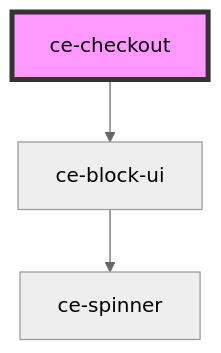
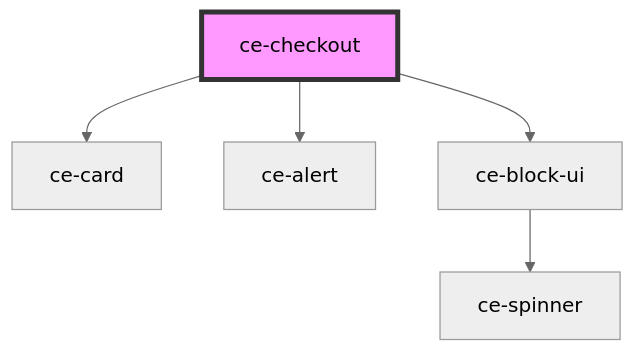
Before and after one commit to surecart/surecart-wp-plugin: the diagram in packages/components/src/components/controllers/checkout/readme.md, drawn with Mermaid (neutral theme). The commit also changed other lines of this file and 61 other files, not shown here.

````diff
--- a/packages/components/src/components/controllers/checkout/readme.md
+++ b/packages/components/src/components/controllers/checkout/readme.md
@@ -30,6 +33,8 @@
 ```mermaid
 graph TD;
+  ce-checkout --> ce-card
+  ce-checkout --> ce-alert
   ce-checkout --> ce-block-ui
   ce-block-ui --> ce-spinner
   style ce-checkout fill:#f9f,stroke:#333,stroke-width:4px
 ```
````
